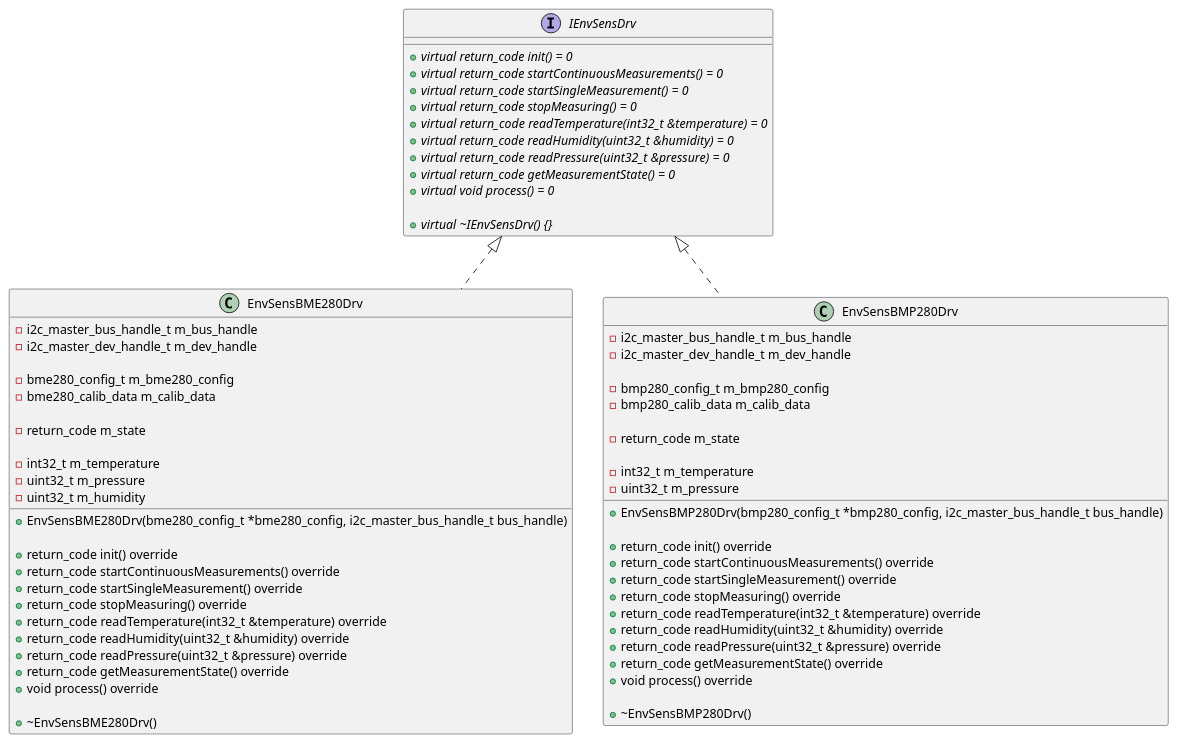
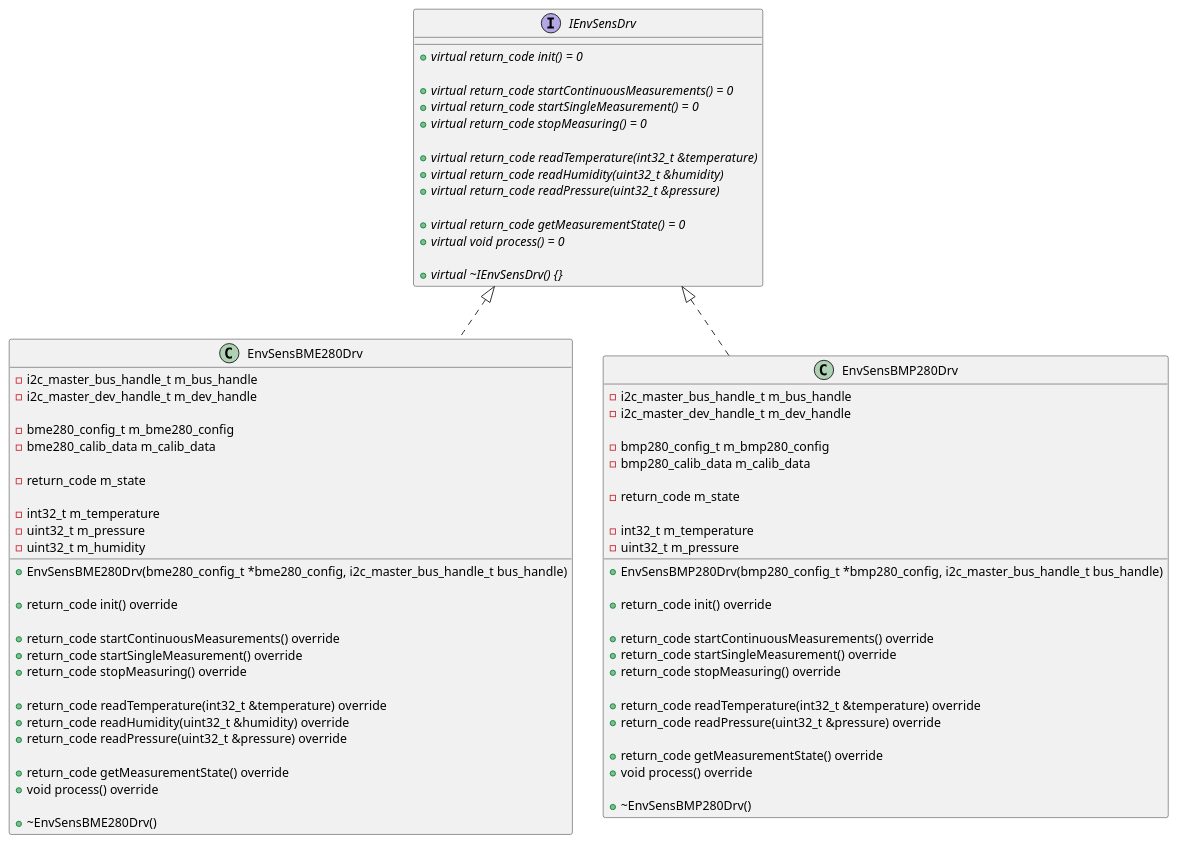
One commit to adrianhopa2/embeddedGL2024 changed the diagram in iot_espdif/doc/class_diagram.puml. Above: the diagram before and after it, drawn with PlantUML. The commit also changed 6 other files, not shown here.

```diff
--- a/iot_espdif/doc/class_diagram.puml
+++ b/iot_espdif/doc/class_diagram.puml
@@ -1,75 +1,83 @@
 @startuml diagram
 
 interface IEnvSensDrv
 {
     +{abstract}virtual return_code init() = 0
+
     +{abstract}virtual return_code startContinuousMeasurements() = 0
     +{abstract}virtual return_code startSingleMeasurement() = 0
     +{abstract}virtual return_code stopMeasuring() = 0
-    +{abstract}virtual return_code readTemperature(int32_t &temperature) = 0
-    +{abstract}virtual return_code readHumidity(uint32_t &humidity) = 0
-    +{abstract}virtual return_code readPressure(uint32_t &pressure) = 0
+
+    +{abstract}virtual return_code readTemperature(int32_t &temperature)
+    +{abstract}virtual return_code readHumidity(uint32_t &humidity)
+    +{abstract}virtual return_code readPressure(uint32_t &pressure)
+
     +{abstract}virtual return_code getMeasurementState() = 0
     +{abstract}virtual void process() = 0
 
     +{abstract}virtual ~IEnvSensDrv() {}
 }
 
 class EnvSensBME280Drv implements IEnvSensDrv
 {
     -i2c_master_bus_handle_t m_bus_handle
     -i2c_master_dev_handle_t m_dev_handle
 
     -bme280_config_t m_bme280_config
     -bme280_calib_data m_calib_data
 
     -return_code m_state
 
     -int32_t m_temperature
     -uint32_t m_pressure
     -uint32_t m_humidity
 
     +EnvSensBME280Drv(bme280_config_t *bme280_config, i2c_master_bus_handle_t bus_handle)
 
     +return_code init() override
+
     +return_code startContinuousMeasurements() override
     +return_code startSingleMeasurement() override
     +return_code stopMeasuring() override
+
     +return_code readTemperature(int32_t &temperature) override
     +return_code readHumidity(uint32_t &humidity) override
     +return_code readPressure(uint32_t &pressure) override
+
     +return_code getMeasurementState() override
     +void process() override
 
     +~EnvSensBME280Drv()
 }
 
 class EnvSensBMP280Drv implements IEnvSensDrv
 {
     -i2c_master_bus_handle_t m_bus_handle
     -i2c_master_dev_handle_t m_dev_handle
 
     -bmp280_config_t m_bmp280_config
     -bmp280_calib_data m_calib_data
 
     -return_code m_state
 
     -int32_t m_temperature
     -uint32_t m_pressure
 
     +EnvSensBMP280Drv(bmp280_config_t *bmp280_config, i2c_master_bus_handle_t bus_handle)
 
     +return_code init() override
+
     +return_code startContinuousMeasurements() override
     +return_code startSingleMeasurement() override
     +return_code stopMeasuring() override
+
     +return_code readTemperature(int32_t &temperature) override
-    +return_code readHumidity(uint32_t &humidity) override
     +return_code readPressure(uint32_t &pressure) override
+    
     +return_code getMeasurementState() override
     +void process() override
 
     +~EnvSensBMP280Drv()
 }
 
 @enduml
```
